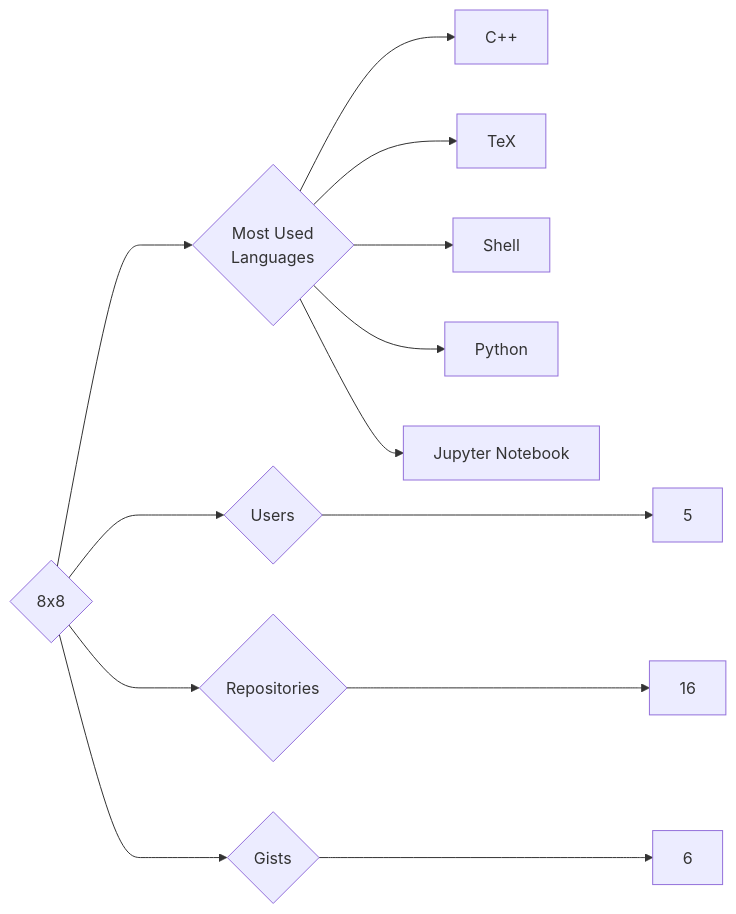
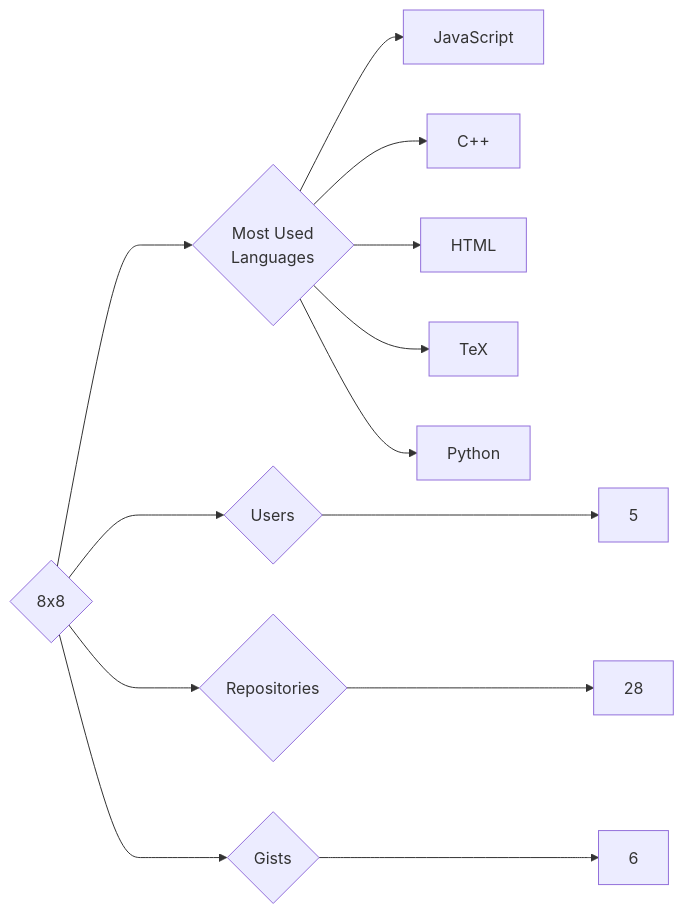
One commit to trickest/insiders changed the diagram in targets/8x8/README.md. Above: the diagram before and after it, drawn with Mermaid. The commit also changed 938 other files, not shown here.

````diff
--- a/targets/8x8/README.md
+++ b/targets/8x8/README.md
@@ -3,13 +3,13 @@
 ```mermaid
 graph LR
 COMPANY_NAME{8x8}
 COMPANY_NAME ---> U{Users} ---> UN[5]
-COMPANY_NAME ---> R{Repositories} ---> RN[16]
+COMPANY_NAME ---> R{Repositories} ---> RN[28]
 COMPANY_NAME ---> G{Gists} ---> GN[6]
 COMPANY_NAME ---> ML{Most Used<br>Languages}
+ML --> JavaScript[JavaScript]
 ML --> C++[C++]
+ML --> HTML[HTML]
 ML --> TeX[TeX]
-ML --> Shell[Shell]
 ML --> Python[Python]
-ML --> Jupyter_Notebook[Jupyter Notebook]
 ```
````
